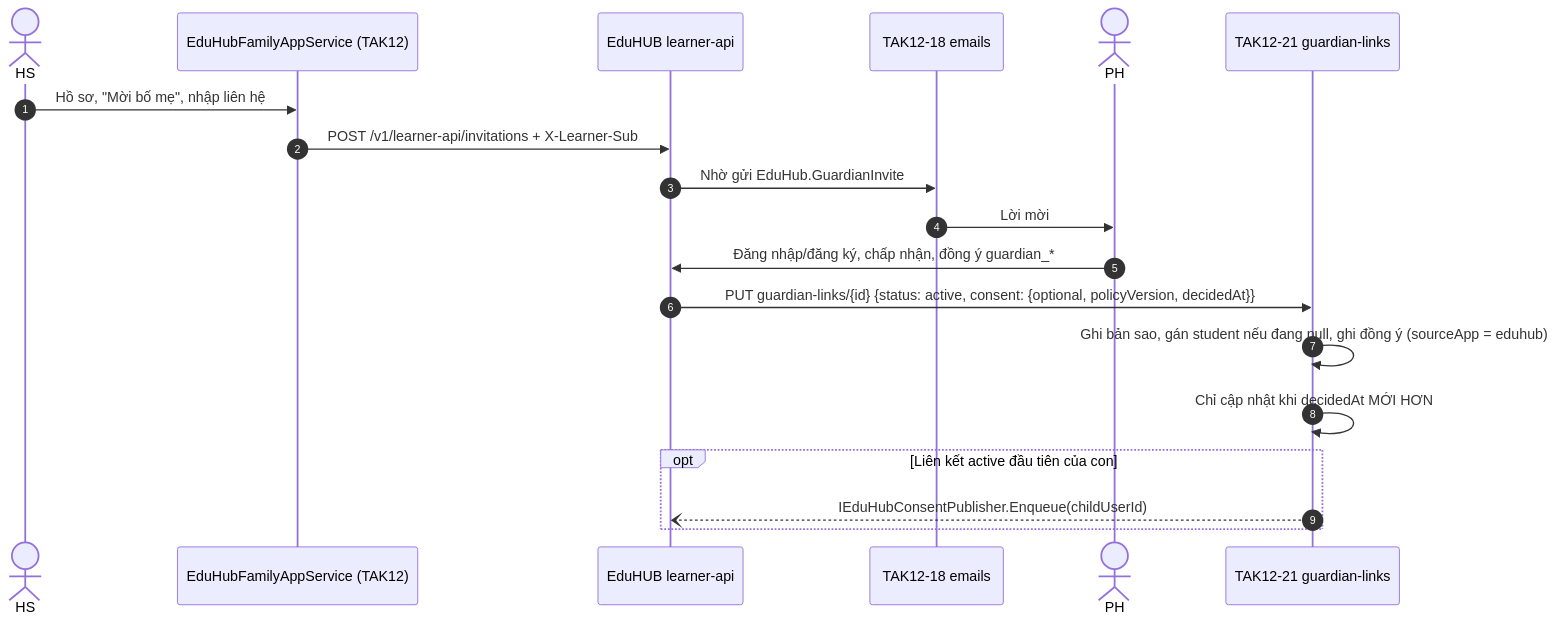
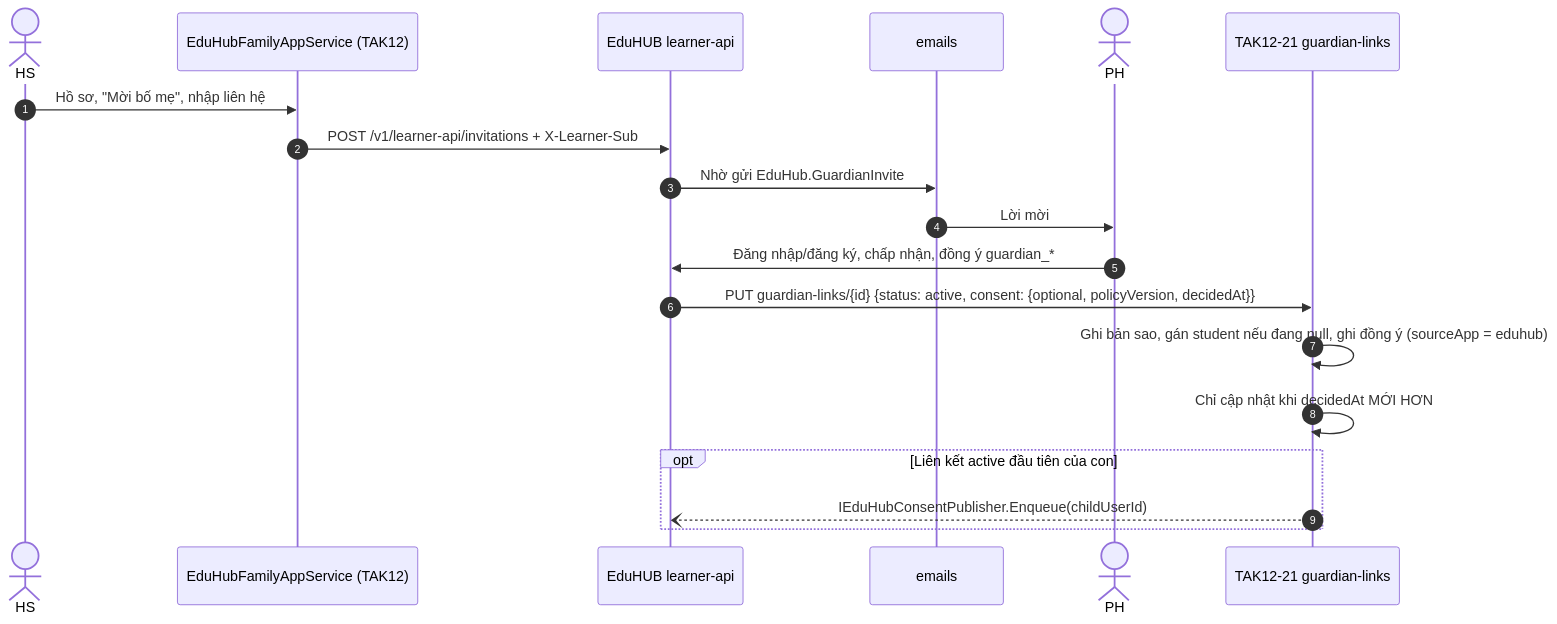
Before and after one commit to riddle-bash/tak12-eduhub-consent-flow: the eighth of 8 diagrams in features-design.md, drawn with Mermaid. The commit also changed other lines of this file, not shown here.

````diff
--- a/features-design.md
+++ b/features-design.md
@@ -263,22 +262,22 @@
 ```mermaid
 sequenceDiagram
   autonumber
   actor HS
   participant FA as EduHubFamilyAppService (TAK12)
   participant LA as EduHUB learner-api
-  participant T as TAK12-18 emails
+  participant T as emails
   actor PH
   participant GL as TAK12-21 guardian-links
   HS->>FA: Hồ sơ, "Mời bố mẹ", nhập liên hệ
   FA->>LA: POST /v1/learner-api/invitations + X-Learner-Sub
   LA->>T: Nhờ gửi EduHub.GuardianInvite
   T->>PH: Lời mời
   PH->>LA: Đăng nhập/đăng ký, chấp nhận, đồng ý guardian_*
   LA->>GL: PUT guardian-links/{id} {status: active, consent: {optional, policyVersion, decidedAt}}
   GL->>GL: Ghi bản sao, gán student nếu đang null, ghi đồng ý (sourceApp = eduhub)
   GL->>GL: Chỉ cập nhật khi decidedAt MỚI HƠN
   opt Liên kết active đầu tiên của con
     GL--)LA: IEduHubConsentPublisher.Enqueue(childUserId)
   end
   
 ```
````
